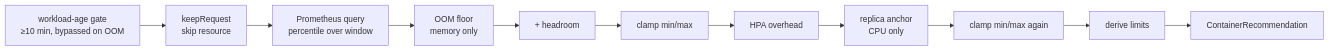
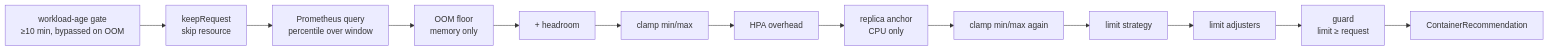
The diagram in docs/concepts/recommendation-pipeline.md (noony/k8s-sustain), drawn with Mermaid before and after one commit. The commit also changed other lines of this file and 192 other files, not shown here.

````diff
--- a/docs/concepts/recommendation-pipeline.md
+++ b/docs/concepts/recommendation-pipeline.md
@@ -73,12 +78,14 @@
 ```mermaid
 flowchart LR
     G[workload-age gate<br/>≥10 min, bypassed on OOM] --> K[keepRequest<br/>skip resource] --> Q[Prometheus query<br/>percentile over window]
     Q --> F[OOM floor<br/>memory only]
     F --> H[+ headroom]
     H --> C[clamp min/max]
     C --> O[HPA overhead]
     O --> R[replica anchor<br/>CPU only]
     R --> C2[clamp min/max again]
-    C2 --> L[derive limits]
-    L --> OUT[ContainerRecommendation]
+    C2 --> L[limit strategy]
+    L --> LA[limit adjusters]
+    LA --> GU[guard<br/>limit ≥ request]
+    GU --> OUT[ContainerRecommendation]
 ```
````
